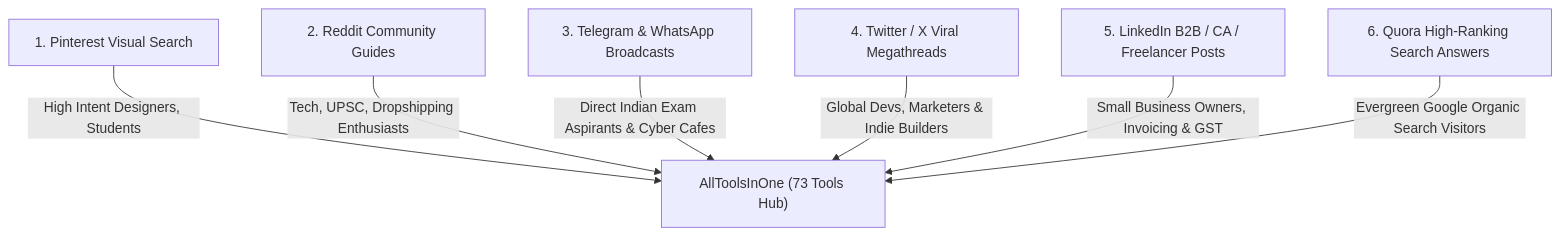
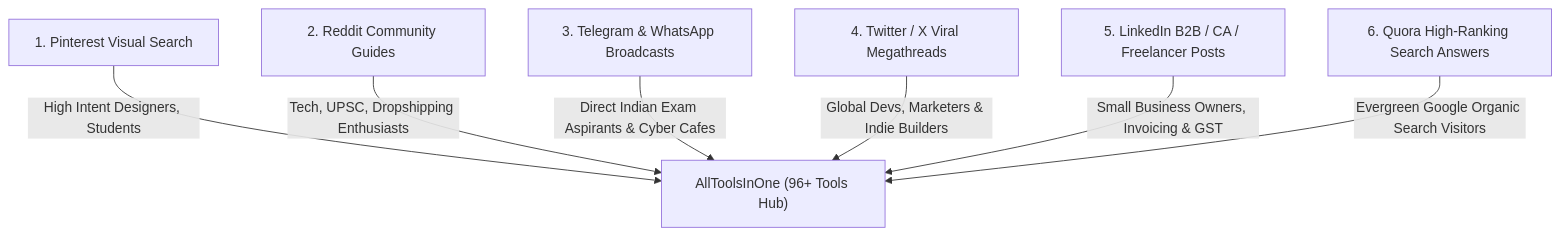
One commit to bhatijidev/sarkari-tools changed the diagram in ALL-TOOLS-PROMOTION-KIT.md. Above: the diagram before and after it, drawn with Mermaid. The commit also changed other lines of this file and 135 other files, not shown here.

Commit message:
feat: Add 12 US & Global tools, New Tools section, AllToolsInOne rebrand, and update tool counts to 96+

````diff
--- a/ALL-TOOLS-PROMOTION-KIT.md
+++ b/ALL-TOOLS-PROMOTION-KIT.md
@@ -11,11 +11,11 @@
 ```mermaid
 flowchart TD
-    Site["AllToolsInOne (73 Tools Hub)"]
+    Site["AllToolsInOne (96+ Tools Hub)"]
     
     C1["1. Pinterest Visual Search"] -->|High Intent Designers, Students| Site
     C2["2. Reddit Community Guides"] -->|Tech, UPSC, Dropshipping Enthusiasts| Site
     C3["3. Telegram & WhatsApp Broadcasts"] -->|Direct Indian Exam Aspirants & Cyber Cafes| Site
     C4["4. Twitter / X Viral Megathreads"] -->|Global Devs, Marketers & Indie Builders| Site
     C5["5. LinkedIn B2B / CA / Freelancer Posts"] -->|Small Business Owners, Invoicing & GST| Site
     C6["6. Quora High-Ranking Search Answers"] -->|Evergreen Google Organic Search Visitors| Site
 ```
````
